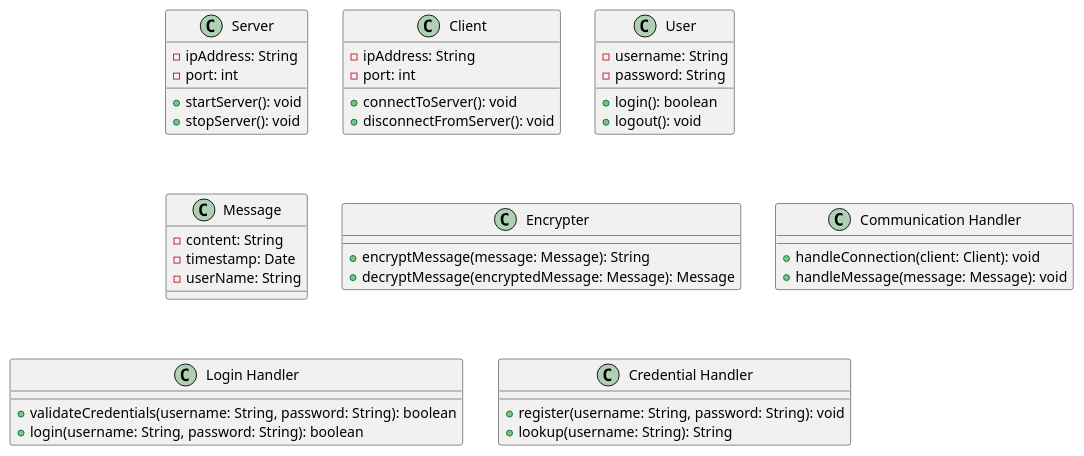
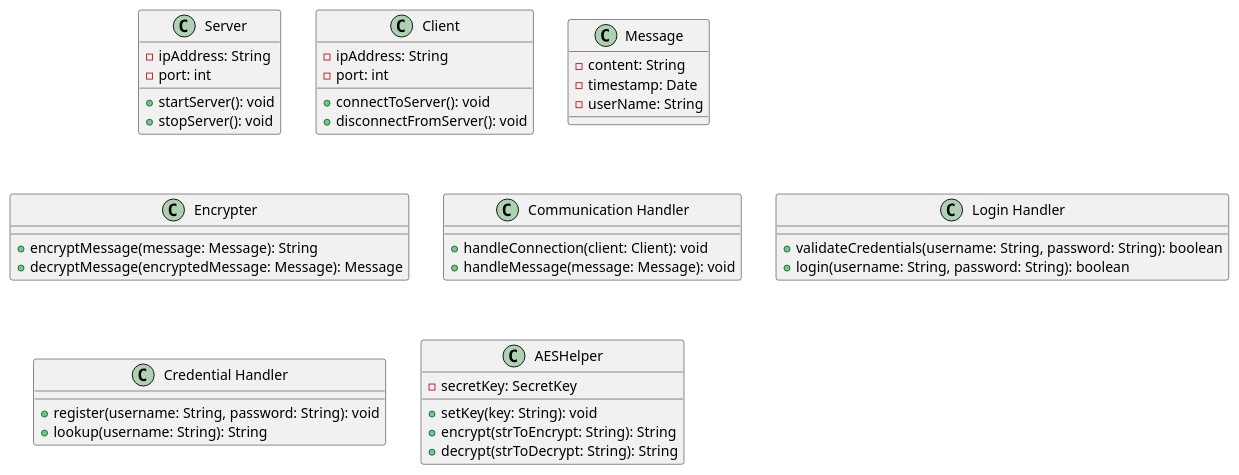
The diagram in docs/UML/class_diagram.puml (phajj/CSC2620_Hajj_Higgins_Palmer), drawn with PlantUML before and after one commit. The commit also changed 2 other files, not shown here.

Commit message:
Refactor encryption classes and update class diagram to include AESHelper; enhance Encrypter with error handling and decryption method.

```diff
--- a/docs/UML/class_diagram.puml
+++ b/docs/UML/class_diagram.puml
@@ -1,50 +1,50 @@
 @startuml ClassDiagram
 
 class Server{
     - ipAddress: String
     - port: int
     + startServer(): void
     + stopServer(): void
 }
 
 class Client{
     - ipAddress: String
     - port: int
     + connectToServer(): void
     + disconnectFromServer(): void
-}
-
-class User{
-    - username: String
-    - password: String
-    + login(): boolean
-    + logout(): void
 }
 
 class Message{
     - content: String
     - timestamp: Date
     - userName: String
 }
 
 class Encrypter{
     + encryptMessage(message: Message): String
     + decryptMessage(encryptedMessage: Message): Message
 }
 
 class "Communication Handler"{
     + handleConnection(client: Client): void
     + handleMessage(message: Message): void
 }
 
 class "Login Handler"{
     + validateCredentials(username: String, password: String): boolean
     + login(username: String, password: String): boolean
 }
 
 class "Credential Handler"{
     + register(username: String, password: String): void
     + lookup(username: String): String
 }
 
+class AESHelper{
+    - secretKey: SecretKey
+    + setKey(key: String): void
+    + encrypt(strToEncrypt: String): String
+    + decrypt(strToDecrypt: String): String
+}
+
 @enduml
```
